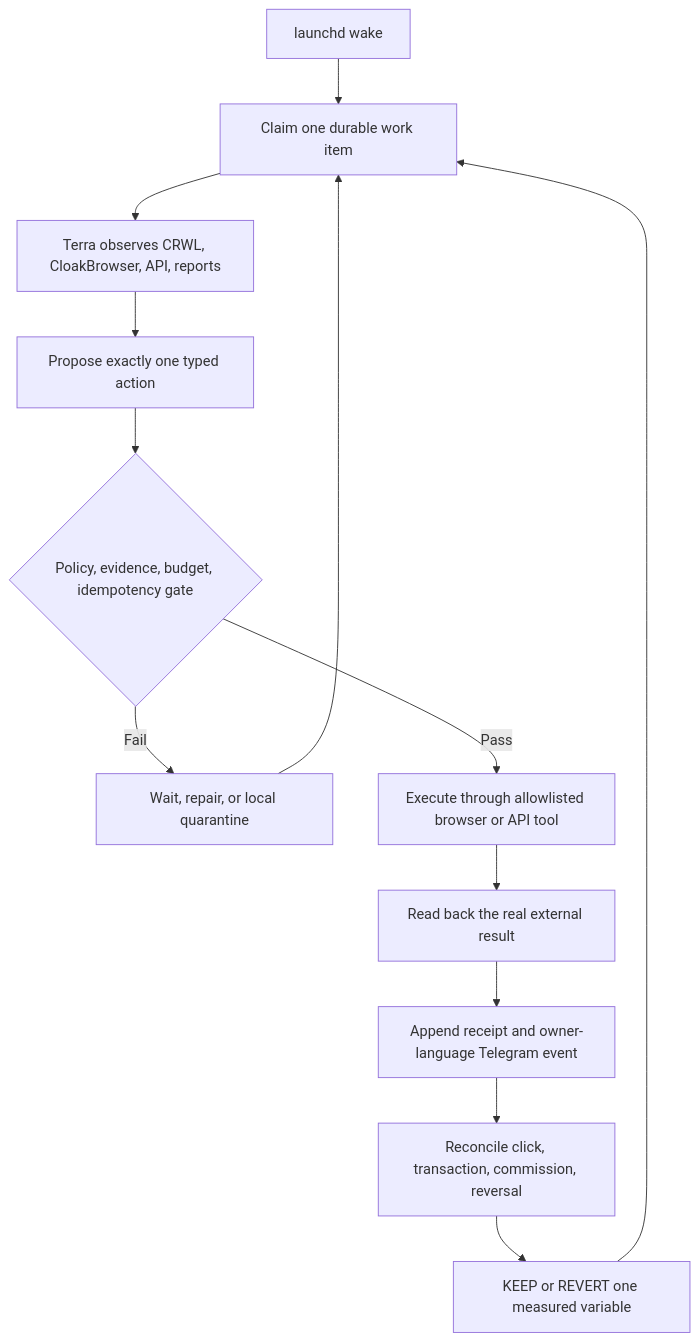
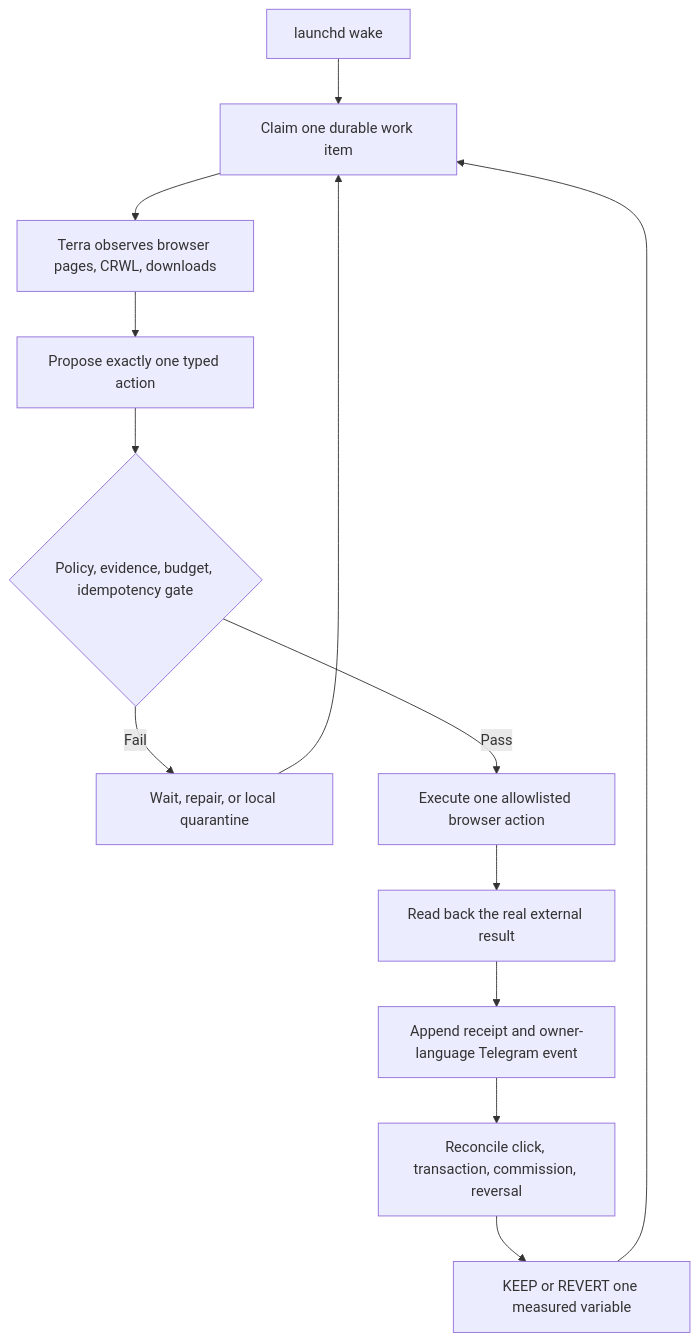
The first of 4 diagrams in docs/affiliate-agent/AFFILIATE-AGENT-SSOT.md (Daisuke134/anicca), drawn with Mermaid before and after one commit. The commit also changed other lines of this file and 2 other files, not shown here.

Commit message:
docs: define browser-only affiliate agent

````diff
--- a/docs/affiliate-agent/AFFILIATE-AGENT-SSOT.md
+++ b/docs/affiliate-agent/AFFILIATE-AGENT-SSOT.md
@@ -96,15 +104,15 @@
 ```mermaid
 flowchart TD
   W[launchd wake] --> Q[Claim one durable work item]
-  Q --> O[Terra observes CRWL, CloakBrowser, API, reports]
+  Q --> O[Terra observes browser pages, CRWL, downloads]
   O --> A[Propose exactly one typed action]
   A --> G{Policy, evidence, budget, idempotency gate}
   G -->|Fail| R[Wait, repair, or local quarantine]
-  G -->|Pass| E[Execute through allowlisted browser or API tool]
+  G -->|Pass| E[Execute one allowlisted browser action]
   E --> V[Read back the real external result]
   V --> T[Append receipt and owner-language Telegram event]
   T --> M[Reconcile click, transaction, commission, reversal]
   M --> L[KEEP or REVERT one measured variable]
   L --> Q
   R --> Q
 ```
````
